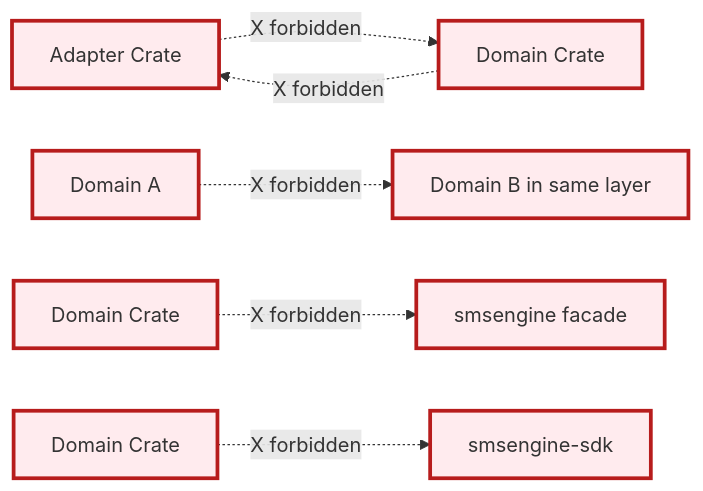
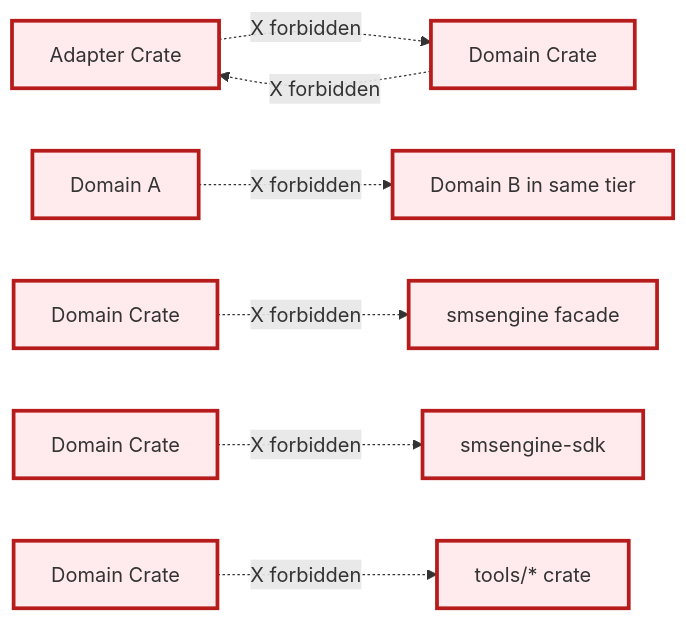
One commit to beznet22/educore changed the second of 3 diagrams in docs/diagrams/dependency-map.md. Above: the diagram before and after it, drawn with Mermaid. The commit also changed other lines of this file and 97 other files, not shown here.

Commit message:
refactor: restructure workspace into domain, adapter, and cross-cutting layers with modernized crate organization

````diff
--- a/docs/diagrams/dependency-map.md
+++ b/docs/diagrams/dependency-map.md
@@ -180,11 +186,12 @@
 ```mermaid
 graph LR
     Adapter[Adapter Crate] -.X forbidden.-> Domain[Domain Crate]
     Domain -.X forbidden.-> Adapter
-    DomainA[Domain A] -.X forbidden.-> DomainB[Domain B in same layer]
+    DomainA[Domain A] -.X forbidden.-> DomainB[Domain B in same tier]
     DomainAny[Domain Crate] -.X forbidden.-> Umbrella[smsengine facade]
     DomainAny2[Domain Crate] -.X forbidden.-> Sdk[smsengine-sdk]
+    DomainAny3[Domain Crate] -.X forbidden.-> Tool[tools/* crate]
 
     classDef forbidden stroke:#b71c1c,stroke-width:3px,fill:#ffebee
-    class Adapter,Domain,DomainA,DomainB,DomainAny,DomainAny2,Umbrella,Sdk forbidden
+    class Adapter,Domain,DomainA,DomainB,DomainAny,DomainAny2,DomainAny3,Umbrella,Sdk,Tool forbidden
 ```
````
